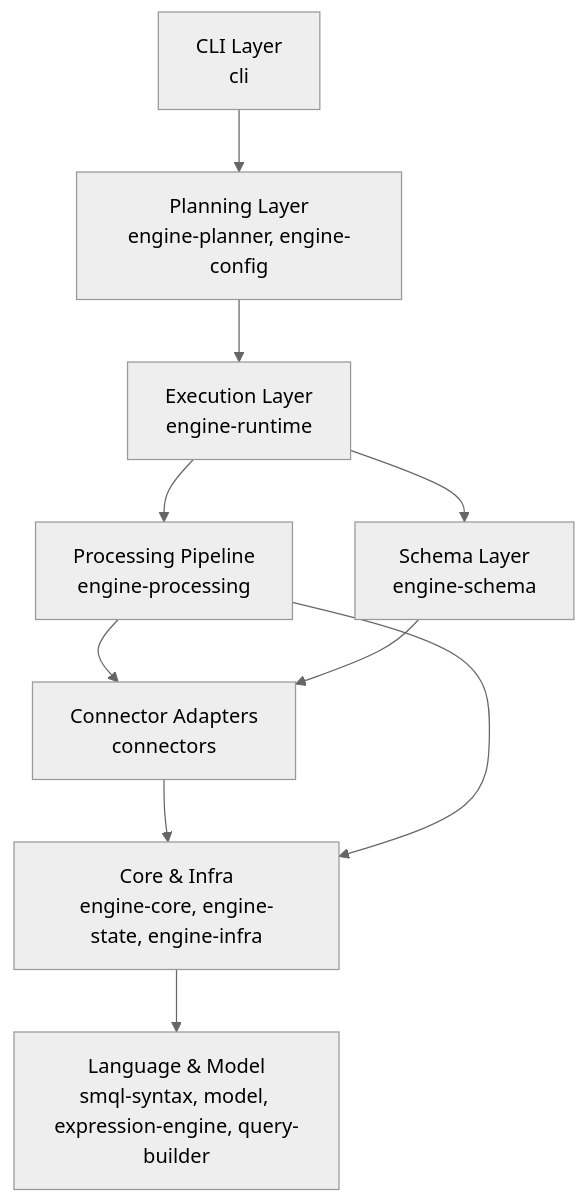
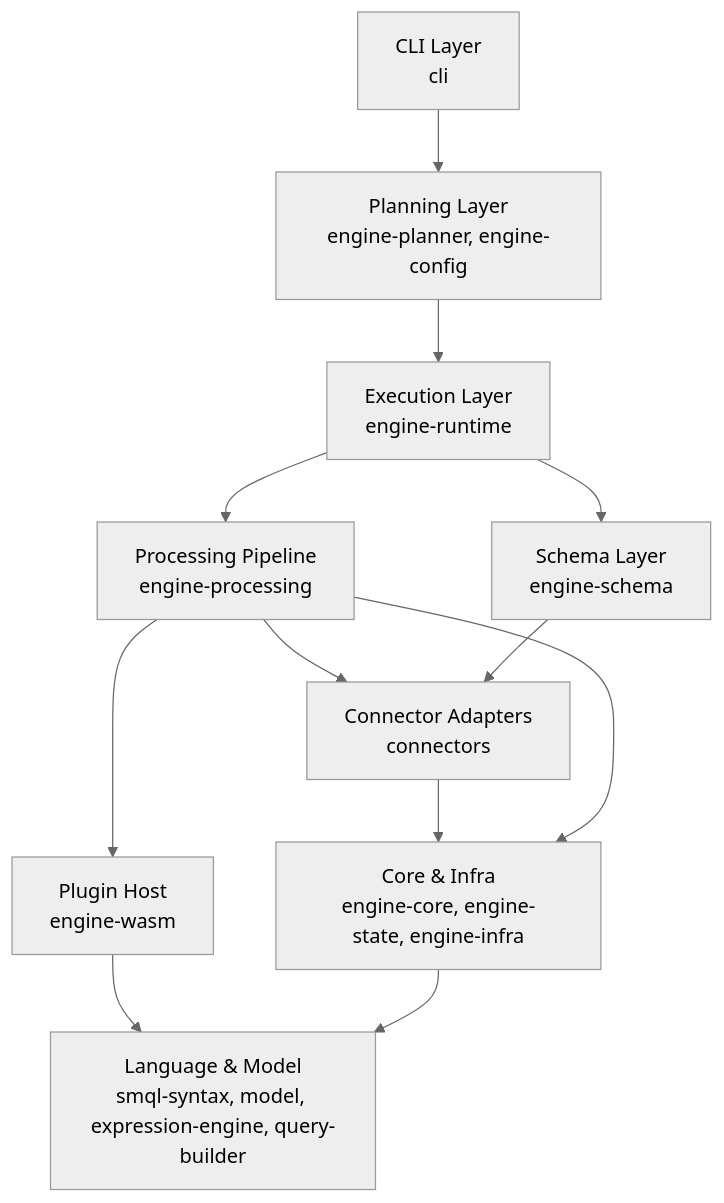
Before and after one commit to stanstork/stratum: the diagram in docs/architecture.md, drawn with Mermaid (neutral theme). The commit also changed other lines of this file and 60 other files, not shown here.

````diff
--- a/docs/architecture.md
+++ b/docs/architecture.md
@@ -9,12 +11,14 @@
 ```mermaid
 graph TB
     CLI[CLI Layer<br/>cli] --> Planner[Planning Layer<br/>engine-planner, engine-config]
     Planner --> Runtime[Execution Layer<br/>engine-runtime]
     Runtime --> Processing[Processing Pipeline<br/>engine-processing]
     Processing --> Connectors[Connector Adapters<br/>connectors]
+    Processing --> Wasm[Plugin Host<br/>engine-wasm]
     Runtime --> Schema[Schema Layer<br/>engine-schema]
     Schema --> Connectors
     Connectors --> Core[Core & Infra<br/>engine-core, engine-state, engine-infra]
+    Wasm --> Lang
     Processing --> Core
     Core --> Lang[Language & Model<br/>smql-syntax, model, expression-engine, query-builder]
 ```
````
